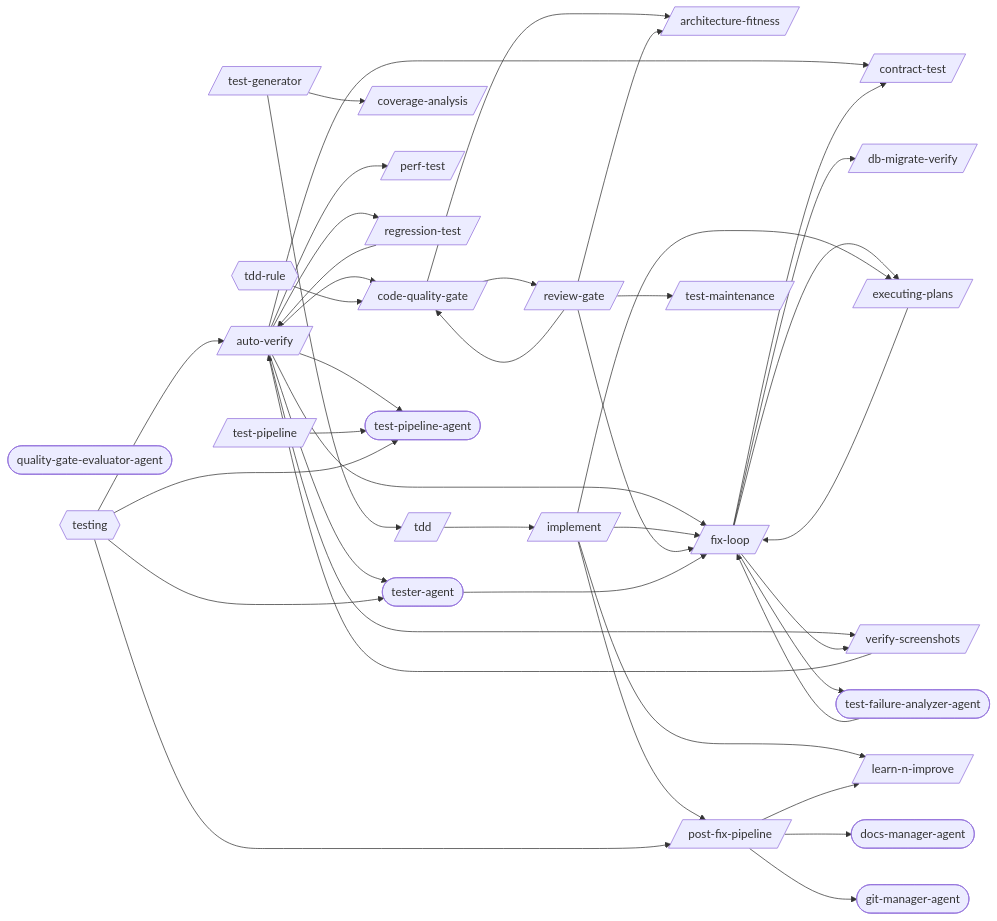
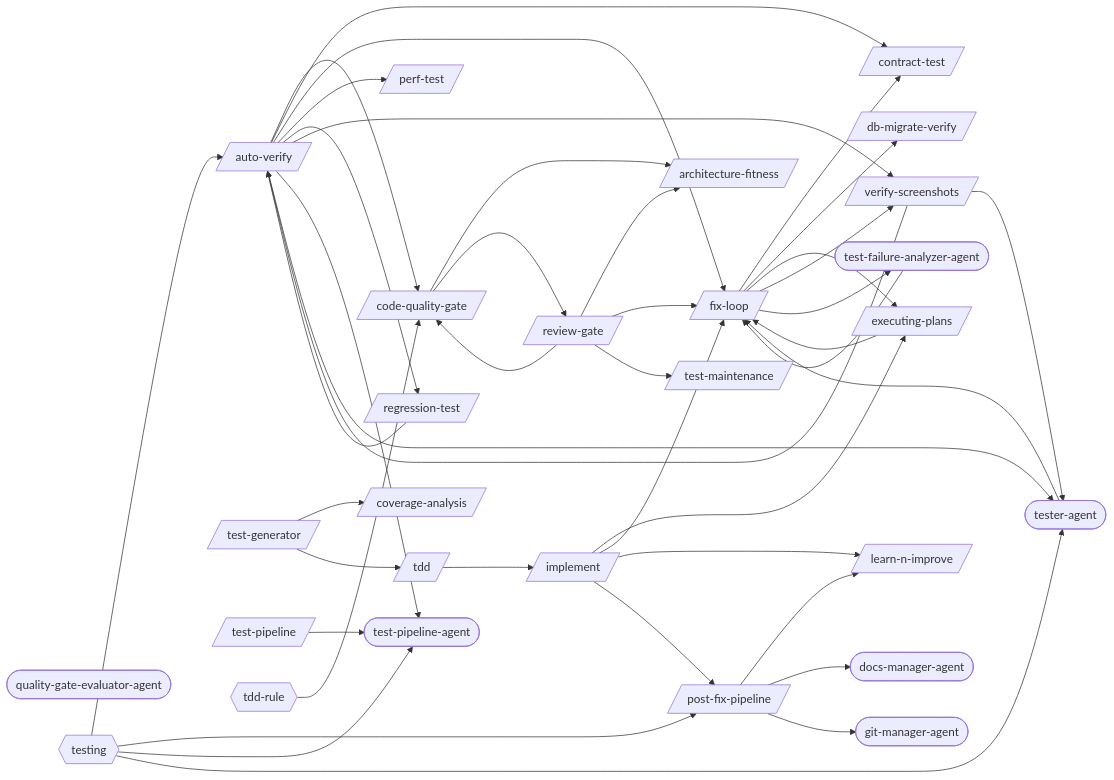
Before and after one commit to abhayla/claude-best-practices: the first of 2 diagrams in docs/workflows/testing-pipeline.md, drawn with Mermaid. The commit also changed other lines of this file and 22 other files, not shown here.

````diff
--- a/docs/workflows/testing-pipeline.md
+++ b/docs/workflows/testing-pipeline.md
@@ -9,70 +9,71 @@
 ```mermaid
 graph LR
     architecture_fitness[/architecture-fitness/]
     auto_verify[/auto-verify/]
     code_quality_gate[/code-quality-gate/]
     contract_test[/contract-test/]
     coverage_analysis[/coverage-analysis/]
     db_migrate_verify[/db-migrate-verify/]
     executing_plans[/executing-plans/]
     fix_loop[/fix-loop/]
     implement[/implement/]
     learn_n_improve[/learn-n-improve/]
     perf_test[/perf-test/]
     post_fix_pipeline[/post-fix-pipeline/]
     regression_test[/regression-test/]
     review_gate[/review-gate/]
     tdd[/tdd/]
     test_generator[/test-generator/]
     test_maintenance[/test-maintenance/]
     test_pipeline[/test-pipeline/]
     verify_screenshots[/verify-screenshots/]
     docs_manager_agent([docs-manager-agent])
     git_manager_agent([git-manager-agent])
     quality_gate_evaluator_agent([quality-gate-evaluator-agent])
     test_failure_analyzer_agent([test-failure-analyzer-agent])
     test_pipeline_agent([test-pipeline-agent])
     tester_agent([tester-agent])
     tdd_rule{{tdd-rule}}
     testing{{testing}}
     auto_verify --> code_quality_gate
     auto_verify --> contract_test
     auto_verify --> fix_loop
     auto_verify --> perf_test
     auto_verify --> regression_test
     auto_verify --> verify_screenshots
     auto_verify --> test_pipeline_agent
     auto_verify --> tester_agent
     code_quality_gate --> architecture_fitness
     code_quality_gate --> review_gate
     executing_plans --> fix_loop
     fix_loop --> contract_test
     fix_loop --> db_migrate_verify
     fix_loop --> executing_plans
     fix_loop --> verify_screenshots
     fix_loop --> test_failure_analyzer_agent
     implement --> executing_plans
     implement --> fix_loop
     implement --> learn_n_improve
     implement --> post_fix_pipeline
     post_fix_pipeline --> learn_n_improve
     post_fix_pipeline --> docs_manager_agent
     post_fix_pipeline --> git_manager_agent
     regression_test --> auto_verify
     review_gate --> architecture_fitness
     review_gate --> code_quality_gate
     review_gate --> fix_loop
     review_gate --> test_maintenance
     tdd --> implement
     test_generator --> coverage_analysis
     test_generator --> tdd
     test_pipeline --> test_pipeline_agent
     verify_screenshots --> auto_verify
+    verify_screenshots --> tester_agent
     test_failure_analyzer_agent --> fix_loop
     tester_agent --> fix_loop
     tdd_rule --> code_quality_gate
     testing --> auto_verify
     testing --> post_fix_pipeline
     testing --> test_pipeline_agent
     testing --> tester_agent
 ```
````
